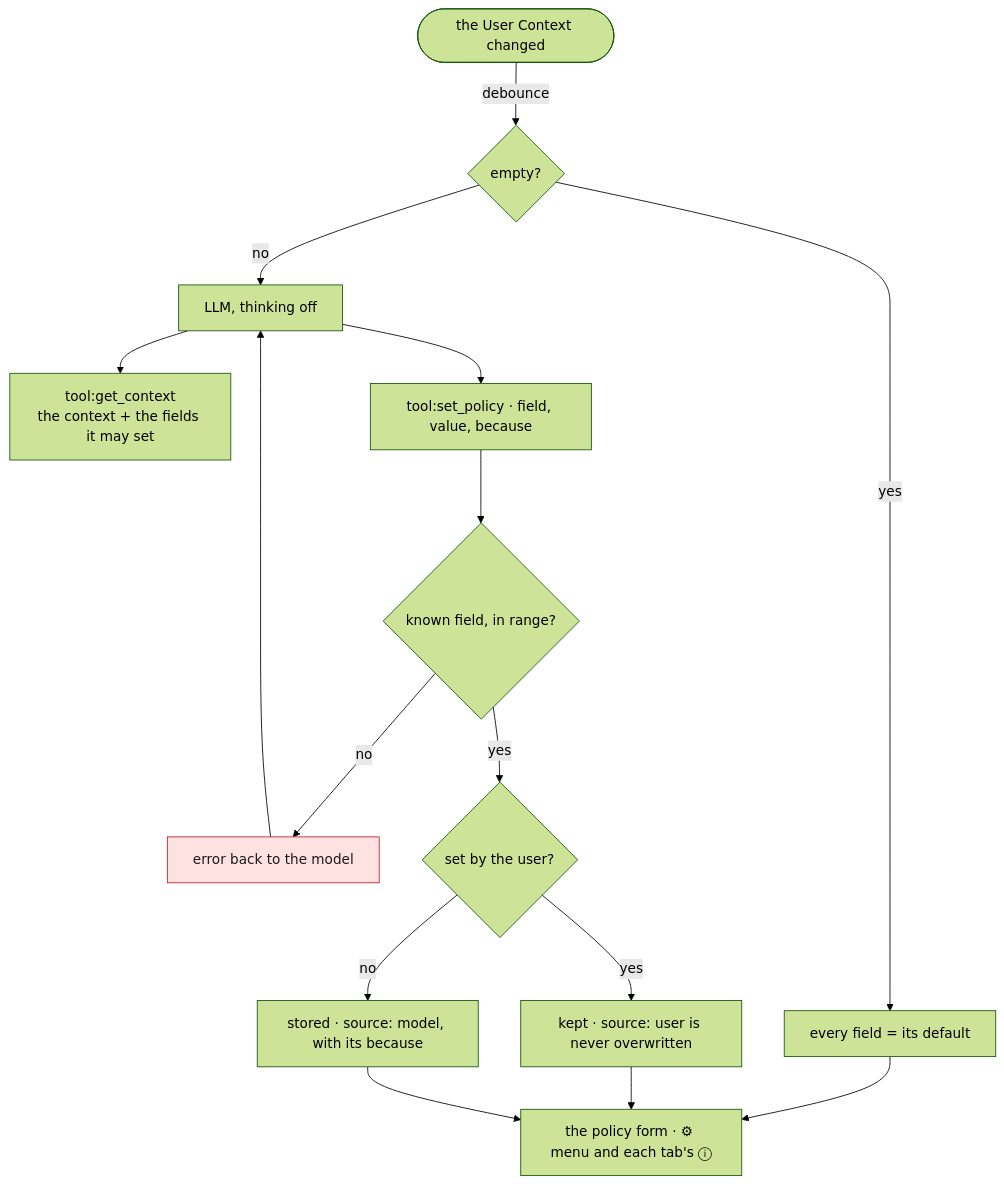
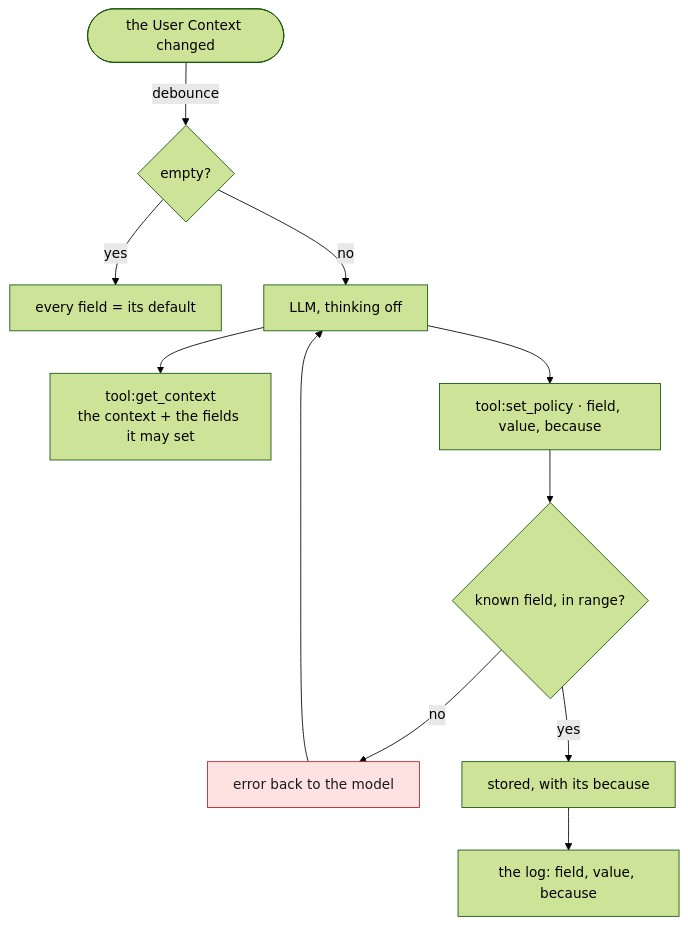
One commit to tbocek/naivepost changed the seventh of 13 diagrams in spec/03-shell.md. Above: the diagram before and after it, drawn with Mermaid (forest theme). The commit also changed other lines of this file and 10 other files, not shown here.

First line of the commit message:
Say once what the screenshots show of the prototype, drop the policy form

````diff
--- a/spec/03-shell.md
+++ b/spec/03-shell.md
@@ -167,19 +167,15 @@
 ```mermaid
 flowchart TD
   A(["the User Context changed"]) -->|debounce| B{"empty?"}
   B -- yes --> DEF["every field = its default"]
   B -- no --> M["LLM, thinking off"]
   M --> G["tool:get_context<br/>the context + the fields it may set"]
   M --> S["tool:set_policy · field, value, because"]
   S --> V{"known field, in range?"}
   V -- no --> ERR["error back to the model"]:::refuse
   ERR --> M
-  V -- yes --> U{"set by the user?"}
-  U -- yes --> KEEP["kept · source: user is never overwritten"]
-  U -- no --> ST["stored · source: model, with its because"]
-  DEF --> F["the policy form · ⚙ menu and each tab's ⓘ"]
-  KEEP --> F
-  ST --> F
+  V -- yes --> ST["stored, with its because"]
+  ST --> L["the log: field, value, because"]
   classDef refuse fill:#fde2e1,stroke:#c01c28,color:#1a1a1a
   classDef done fill:#e3f1e6,stroke:#2e7d32,color:#1a1a1a
 ```
````
